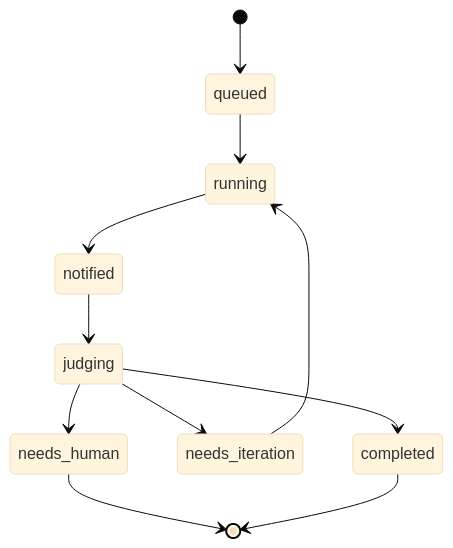
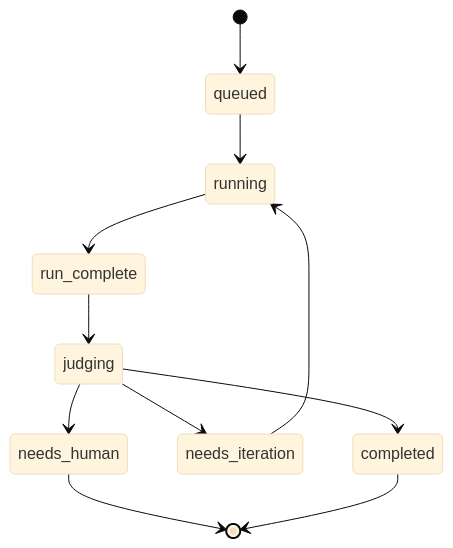
The third of 3 diagrams in docs/jangar/codex-judge-argo-design.md (proompteng/lab), drawn with Mermaid (base theme) before and after one commit. The commit also changed other lines of this file and 1 other file, not shown here.

Commit message:
docs(jangar): trigger judge from run-complete

````diff
--- a/docs/jangar/codex-judge-argo-design.md
+++ b/docs/jangar/codex-judge-argo-design.md
@@ -180,13 +181,13 @@
 ```mermaid
 stateDiagram-v2
   [*] --> queued
   queued --> running
-  running --> notified
-  notified --> judging
+  running --> run_complete
+  run_complete --> judging
   judging --> completed
   judging --> needs_iteration
   judging --> needs_human
   needs_iteration --> running
   needs_human --> [*]
   completed --> [*]
 ```
````
